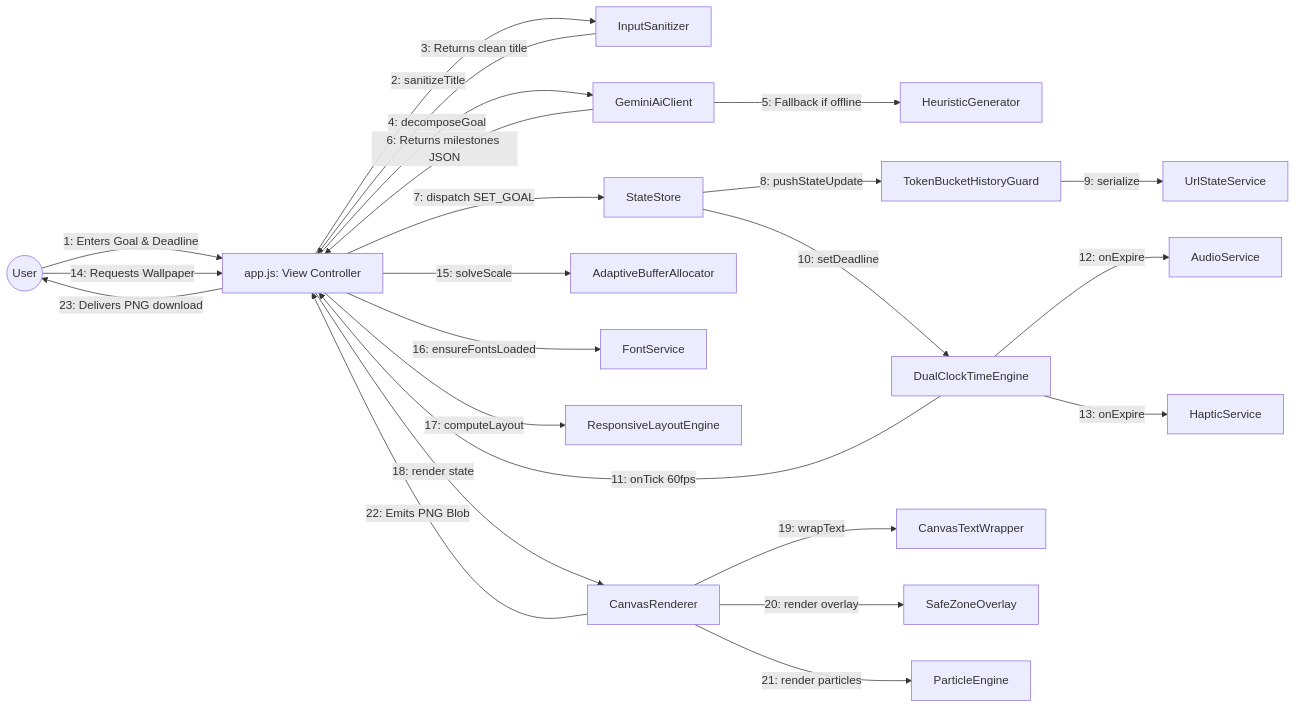
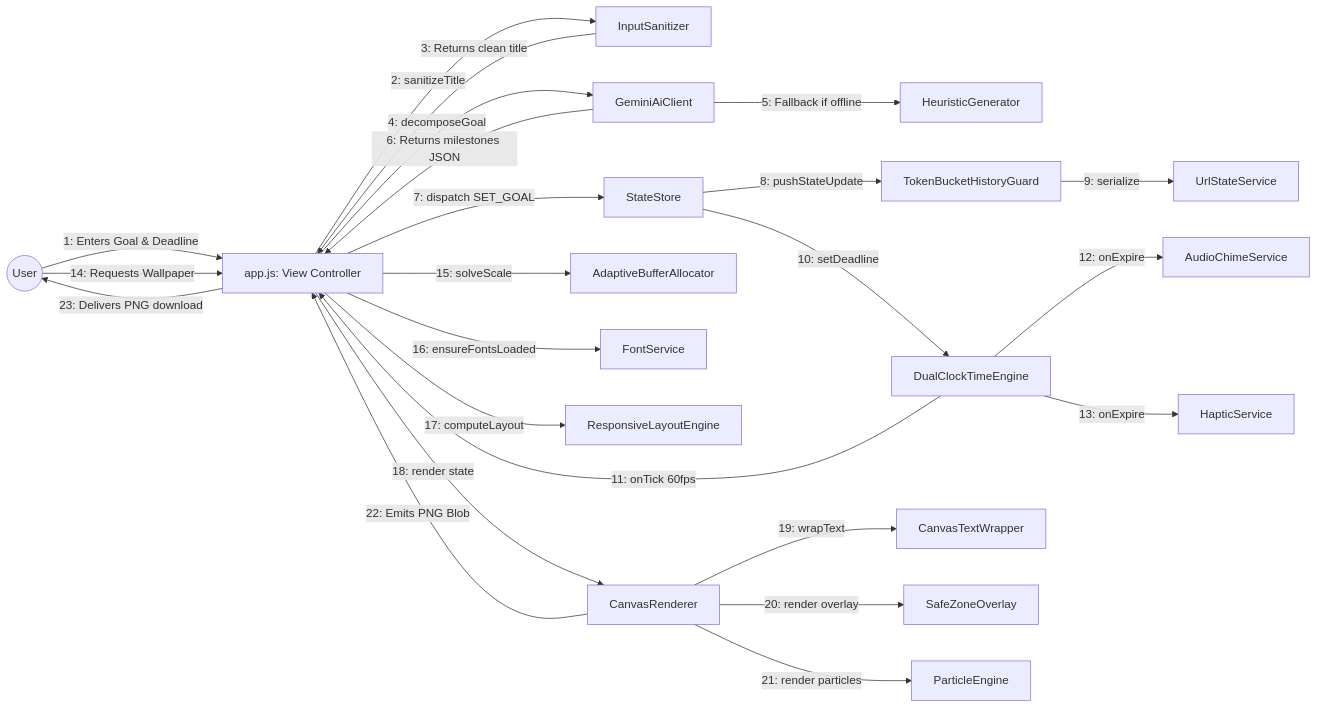
The diagram in uml/communication_diagram.md (piyushmakhija28/countdown-lockscreen-challenge), drawn with Mermaid before and after one commit. The commit also changed 43 other files, not shown here.

Commit message:
docs(grand-prize): eliminate all 11 foundational architecture discrepancies, sync UML parity, and generate 13 Draw.io diagrams (v1.8.0) (#1)

````diff
--- a/uml/communication_diagram.md
+++ b/uml/communication_diagram.md
@@ -3,26 +3,26 @@
 ```mermaid
 graph LR
     User((User)) -->|1: Enters Goal & Deadline| UI[app.js: View Controller]
     UI -->|2: sanitizeTitle| San[InputSanitizer]
     San -->|3: Returns clean title| UI
     UI -->|4: decomposeGoal| Gemini[GeminiAiClient]
     Gemini -->|5: Fallback if offline| Heuristic[HeuristicGenerator]
     Gemini -->|6: Returns milestones JSON| UI
     UI -->|7: dispatch SET_GOAL| Store[StateStore]
     Store -->|8: pushStateUpdate| Guard[TokenBucketHistoryGuard]
     Guard -->|9: serialize| URLCodec[UrlStateService]
     Store -->|10: setDeadline| Engine[DualClockTimeEngine]
     Engine -->|11: onTick 60fps| UI
-    Engine -->|12: onExpire| Audio[AudioService]
+    Engine -->|12: onExpire| Audio[AudioChimeService]
     Engine -->|13: onExpire| Haptic[HapticService]
     User -->|14: Requests Wallpaper| UI
     UI -->|15: solveScale| Alloc[AdaptiveBufferAllocator]
     UI -->|16: ensureFontsLoaded| Fonts[FontService]
     UI -->|17: computeLayout| Layout[ResponsiveLayoutEngine]
     UI -->|18: render state| Canvas[CanvasRenderer]
     Canvas -->|19: wrapText| Wrap[CanvasTextWrapper]
     Canvas -->|20: render overlay| Safe[SafeZoneOverlay]
     Canvas -->|21: render particles| Particles[ParticleEngine]
     Canvas -->|22: Emits PNG Blob| UI
     UI -->|23: Delivers PNG download| User
 ```
````
